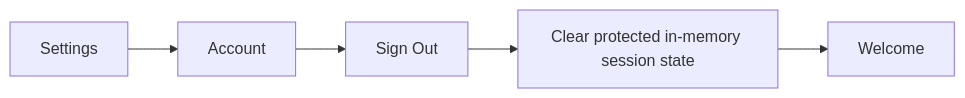
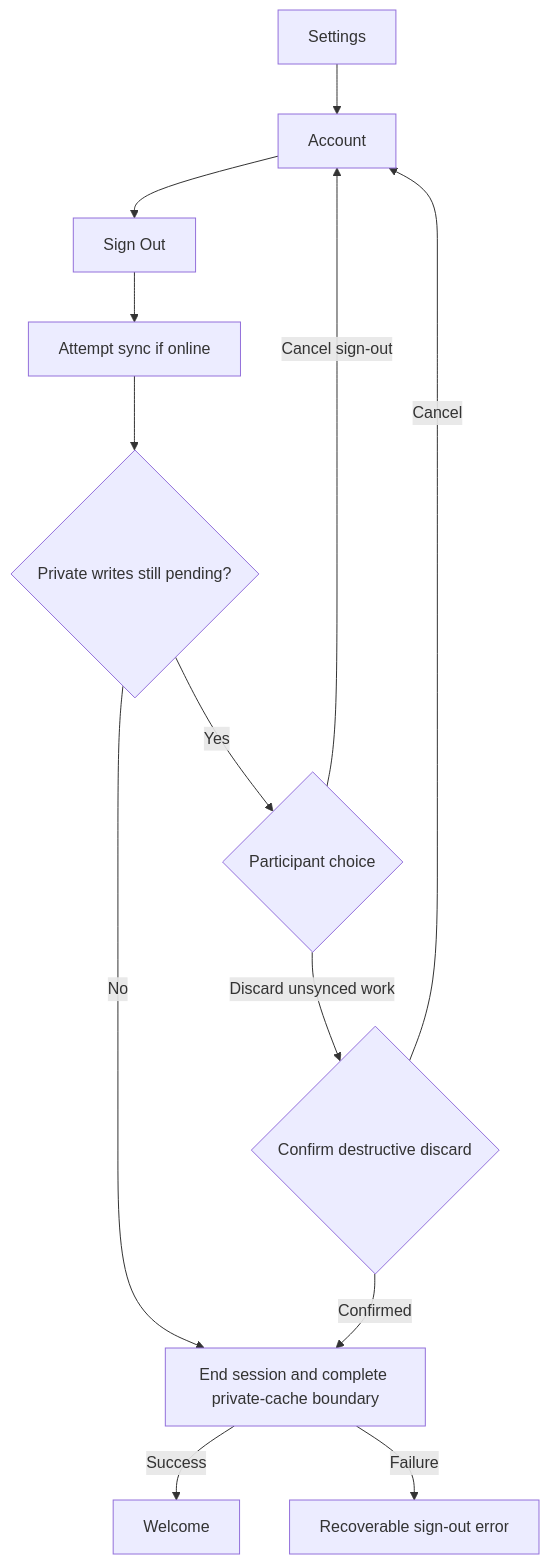
Before and after one commit to evanmcpheron/77Faithful: diagram 12 of 12 in docs/APP_NAVIGATION_AND_UX.md, drawn with Mermaid. The commit also changed other lines of this file and 23 other files, not shown here.

````diff
--- a/docs/APP_NAVIGATION_AND_UX.md
+++ b/docs/APP_NAVIGATION_AND_UX.md
@@ -1567,6 +1571,14 @@
 ```mermaid
-flowchart LR
+flowchart TD
     Settings --> Account --> SignOut[Sign Out]
-    SignOut --> Clear[Clear protected in-memory session state]
-    Clear --> Welcome
+    SignOut --> Sync[Attempt sync if online]
+    Sync --> Pending{Private writes still pending?}
+    Pending -->|No| Clear[End session and complete private-cache boundary]
+    Pending -->|Yes| Choice{Participant choice}
+    Choice -->|Cancel sign-out| Account
+    Choice -->|Discard unsynced work| Confirm{Confirm destructive discard}
+    Confirm -->|Cancel| Account
+    Confirm -->|Confirmed| Clear
+    Clear -->|Success| Welcome
+    Clear -->|Failure| Recovery[Recoverable sign-out error]
 ```
````
